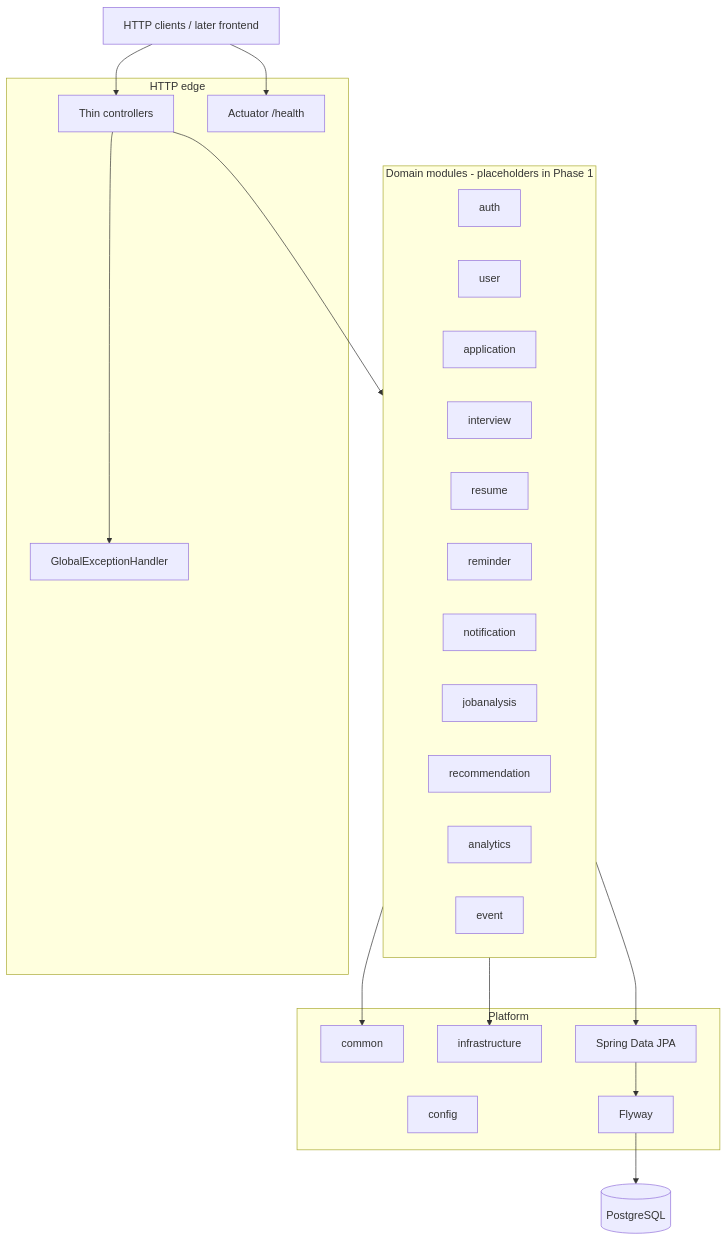
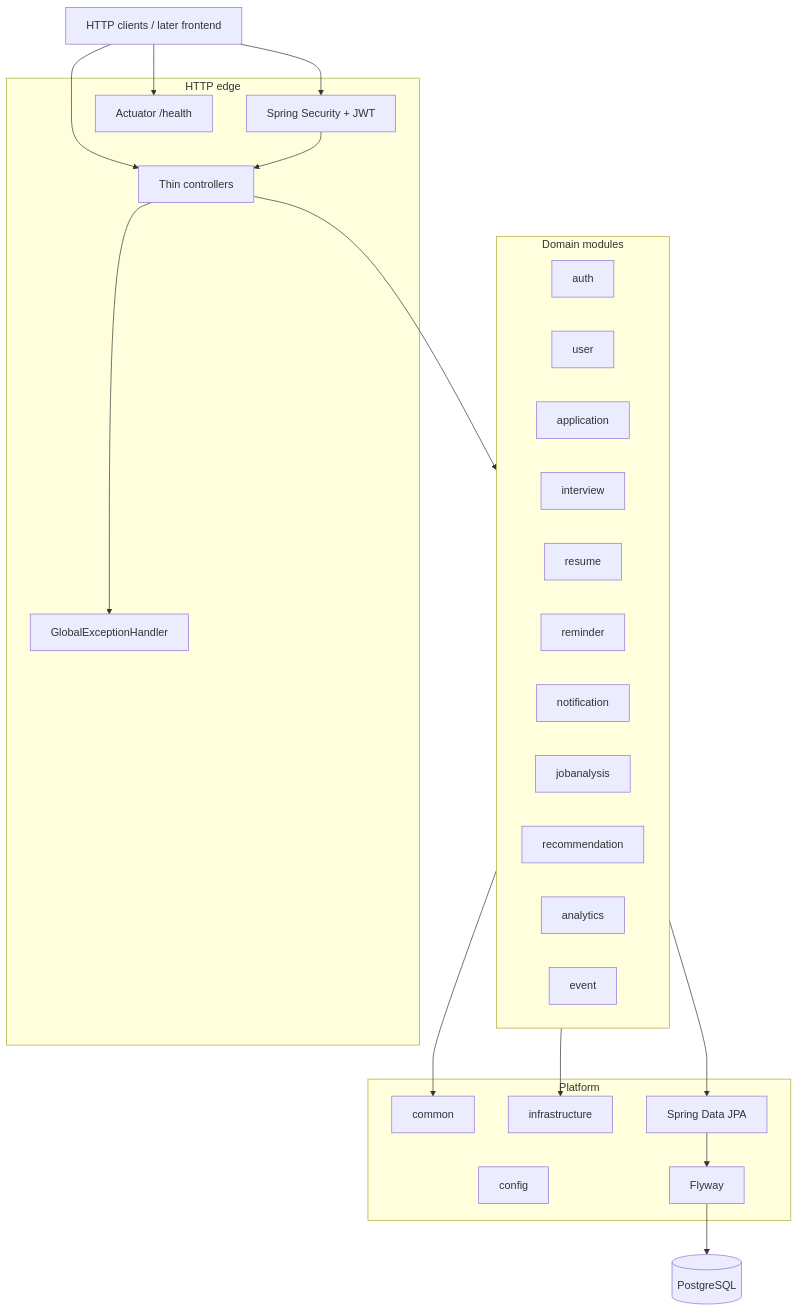
Before and after one commit to parth1010444/jobpilot-backend: the diagram in README.md, drawn with Mermaid. The commit also changed other lines of this file and 24 other files, not shown here.

````diff
--- a/README.md
+++ b/README.md
@@ -13,40 +11,43 @@
 ```mermaid
 flowchart TB
   client[HTTP clients / later frontend]
   subgraph api [HTTP edge]
     controllers[Thin controllers]
+    security[Spring Security + JWT]
     advice[GlobalExceptionHandler]
     actuator[Actuator /health]
   end
-  subgraph modules [Domain modules - placeholders in Phase 1]
+  subgraph modules [Domain modules]
     auth[auth]
     user[user]
     application[application]
     interview[interview]
     resume[resume]
     reminder[reminder]
     notification[notification]
     jobanalysis[jobanalysis]
     recommendation[recommendation]
     analytics[analytics]
     event[event]
   end
   subgraph platform [Platform]
     common[common]
     config[config]
     infra[infrastructure]
     jpa[Spring Data JPA]
     flyway[Flyway]
   end
   pg[(PostgreSQL)]
 
   client --> controllers
   client --> actuator
+  client --> security
+  security --> controllers
   controllers --> modules
   controllers --> advice
   modules --> common
   modules --> infra
   modules --> jpa
   jpa --> flyway
   flyway --> pg
 ```
````
